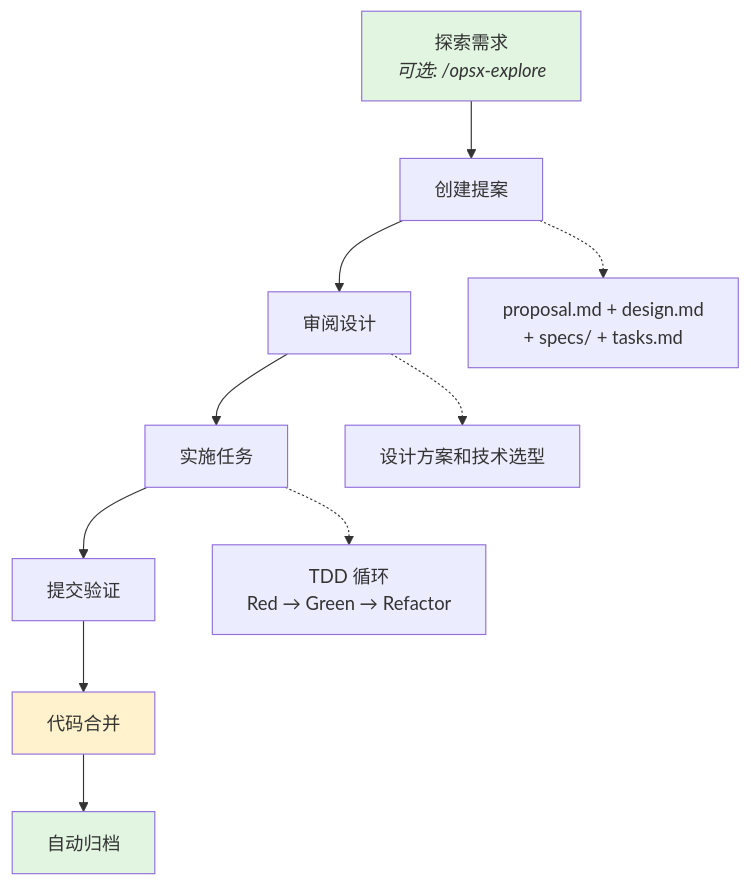
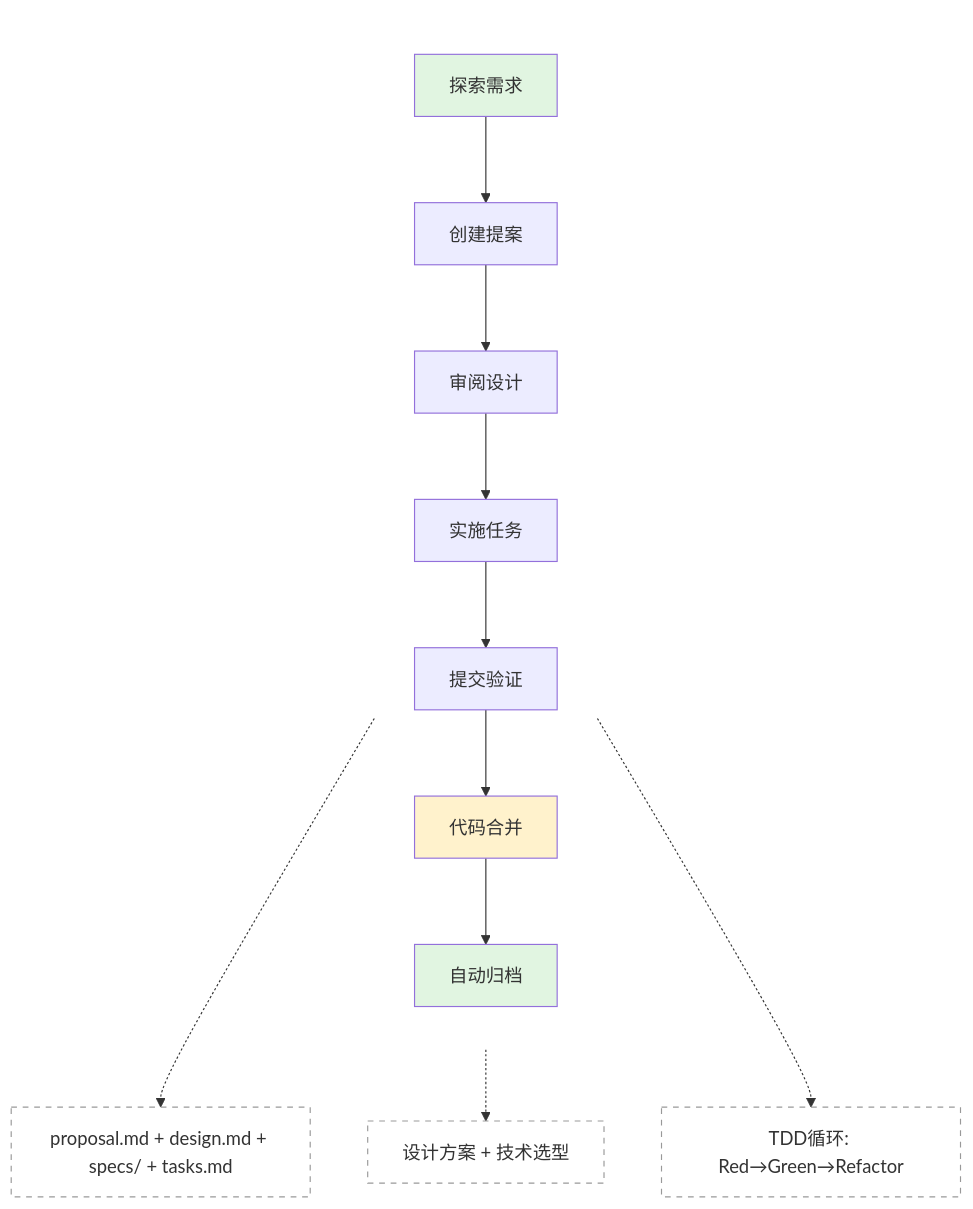
Before and after one commit to lihaizhong/niuma: the diagram in docs/openspec/00-quick-start.md, drawn with Mermaid. The commit also changed 1 other file, not shown here.

Commit message:
docs: 优化 Mermaid 图表布局
- 三层配置体系图：添加外层容器使三个 Layer 水平居中
- 快速开始工作流图：调整扩展节点样式，使用虚线框区分主次

````diff
--- a/docs/openspec/00-quick-start.md
+++ b/docs/openspec/00-quick-start.md
@@ -148,17 +148,24 @@
 ```mermaid
-flowchart TD
-    A[探索需求<br/><i>可选: /opsx-explore</i>] --> B[创建提案]
-    B --> C[审阅设计]
-    C --> D[实施任务]
-    D --> E[提交验证]
-    E --> F[代码合并]
-    F --> G[自动归档]
+flowchart TB
+    subgraph main[" "]
+        direction TB
+        A[探索需求] --> B[创建提案]
+        B --> C[审阅设计]
+        C --> D[实施任务]
+        D --> E[提交验证]
+        E --> F[代码合并]
+        F --> G[自动归档]
+    end
 
-    B -.-> B1[proposal.md + design.md<br/>+ specs/ + tasks.md]
-    C -.-> C1[设计方案和技术选型]
-    D -.-> D1[TDD 循环<br/>Red → Green → Refactor]
+    B -.-> B1[proposal.md + design.md + specs/ + tasks.md]
+    C -.-> C1[设计方案 + 技术选型]
+    D -.-> D1[TDD循环: Red→Green→Refactor]
 
     style A fill:#e1f5e1
     style G fill:#e1f5e1
     style F fill:#fff2cc
+    style B1 fill:none,stroke:#999,stroke-dasharray: 5 5
+    style C1 fill:none,stroke:#999,stroke-dasharray: 5 5
+    style D1 fill:none,stroke:#999,stroke-dasharray: 5 5
+    style main fill:none,stroke:none
 ```
````
